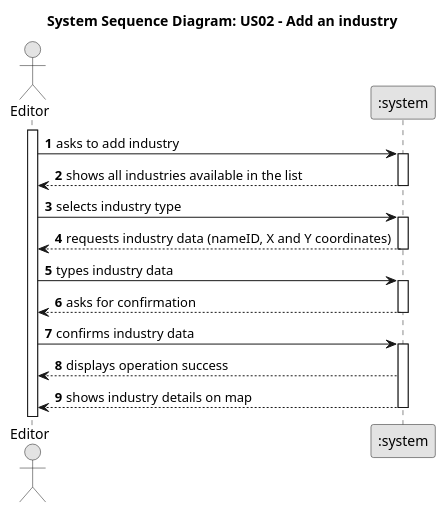
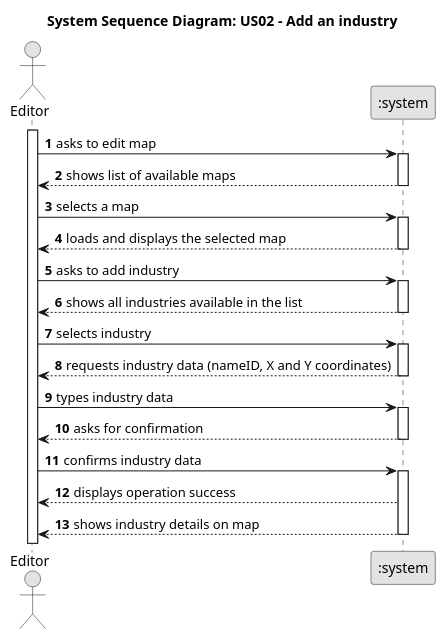
The diagram in docs/system-documentation/Sprint 2/US02/01.requirements-engineering/puml/US002-SSD.puml (HenriqueSilva18/Railway-Network-Simulator), drawn with PlantUML before and after one commit. The commit also changed 14 other files, not shown here.

```diff
--- a/docs/system-documentation/Sprint 2/US02/01.requirements-engineering/puml/US002-SSD.puml
+++ b/docs/system-documentation/Sprint 2/US02/01.requirements-engineering/puml/US002-SSD.puml
@@ -1,39 +1,49 @@
 @startuml
 skinparam monochrome true
 skinparam packageStyle rectangle
 skinparam shadowing false
 
 autonumber
 
 title System Sequence Diagram: US02 - Add an industry
 
 actor "Editor" as editor
 participant ":system" as system
 
 activate editor
 
+    editor -> system : asks to edit map
+        activate system
+            system --> editor: shows list of available maps
+        deactivate system
+
+    editor -> system: selects a map
+        activate system
+            system --> editor: loads and displays the selected map
+        deactivate system
+
     editor -> system : asks to add industry
         activate system
         system --> editor: shows all industries available in the list
 
 
         deactivate system
 
-    editor -> system: selects industry type
+    editor -> system: selects industry
         activate system
         system --> editor: requests industry data (nameID, X and Y coordinates)
         deactivate system
 
     editor -> system: types industry data
         activate system
         system --> editor: asks for confirmation
         deactivate system
 
     editor -> system: confirms industry data
         activate system
         system --> editor: displays operation success
         system --> editor: shows industry details on map
         deactivate system
 
 
 @enduml
```
